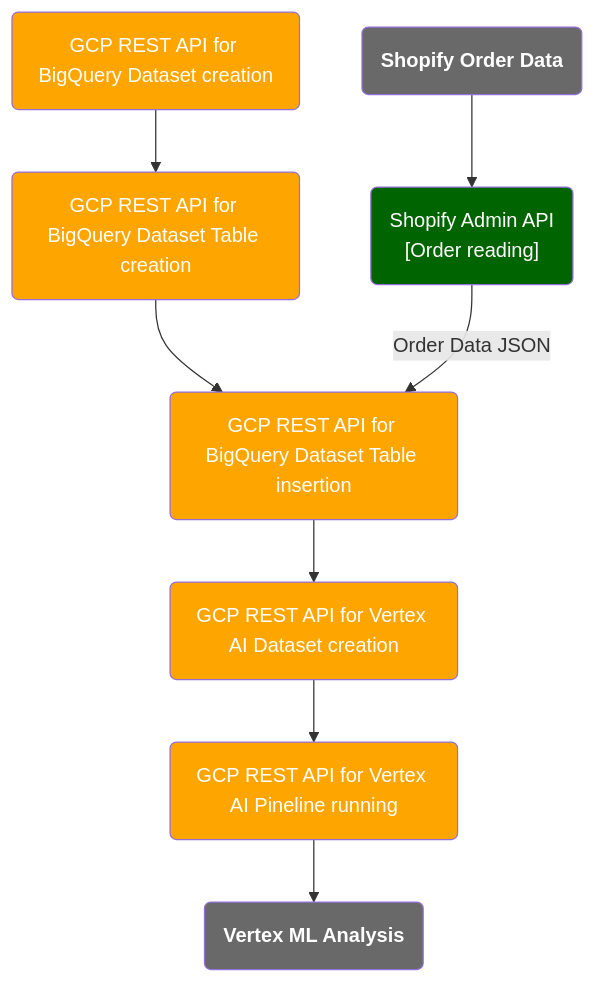
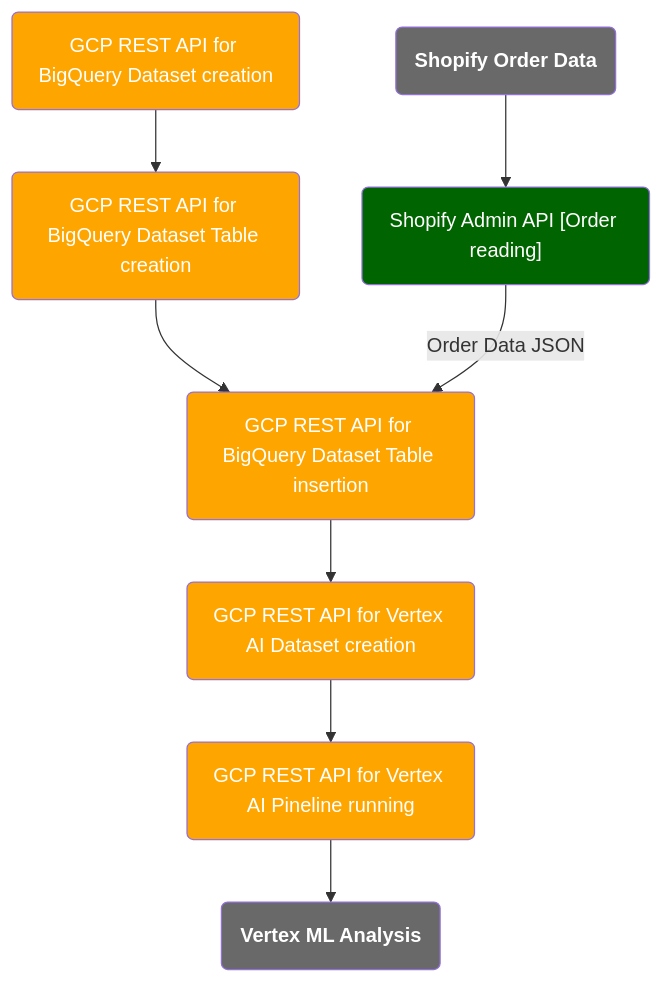
One commit to benzookapi/shopify-gcp-demo changed the diagram in README.GCP.md. Above: the diagram before and after it, drawn with Mermaid.

````diff
--- a/README.GCP.md
+++ b/README.GCP.md
@@ -1,54 +1,54 @@
 ```mermaid
 
 graph TD
 
   ShopifyOrders("Shopify Order Data")
 
-  ShopifyApi("Shopify Admin API<br/>[Order reading]")
+  ShopifyApi("Shopify Admin API [Order reading]")
 
   GcpRestApiBigQueryDataSet("GCP REST API for BigQuery Dataset creation")
 
   GcpRestApiBigQueryTable("GCP REST API for BigQuery Dataset Table creation")
 
   GcpRestApiBigQueryInsert("GCP REST API for BigQuery Dataset Table insertion")
 
   GcpRestApiVertexDataset("GCP REST API for Vertex AI Dataset creation")
 
   GcpRestApiVertexRun("GCP REST API for Vertex AI Pineline running")
 
   GcpRestApiVertexResult("Vertex ML Analysis")
 
   ShopifyOrders-->ShopifyApi
 
   GcpRestApiBigQueryDataSet-->GcpRestApiBigQueryTable
 
   GcpRestApiBigQueryTable-->GcpRestApiBigQueryInsert
 
   ShopifyApi-->|Order Data JSON|GcpRestApiBigQueryInsert
 
   GcpRestApiBigQueryInsert-->GcpRestApiVertexDataset
 
   GcpRestApiVertexDataset-->GcpRestApiVertexRun
 
   GcpRestApiVertexRun-->GcpRestApiVertexResult
 
 
   classDef edge1 fill:#696969,color:white,font-weight:bold
   class ShopifyOrders edge1
 
   classDef shopify fill:#006400,color:white
   class ShopifyApi shopify
 
   classDef gcp fill:#FFA500,color:white
   class GcpRestApiBigQueryDataSet,GcpRestApiBigQueryTable,GcpRestApiBigQueryInsert,GcpRestApiVertexDataset,GcpRestApiVertexRun gcp
 
   classDef edge2 fill:#696969,color:white,font-weight:bold
   class GcpRestApiVertexResult edge2
 
 
 
 
 
 
 
 ```
````
